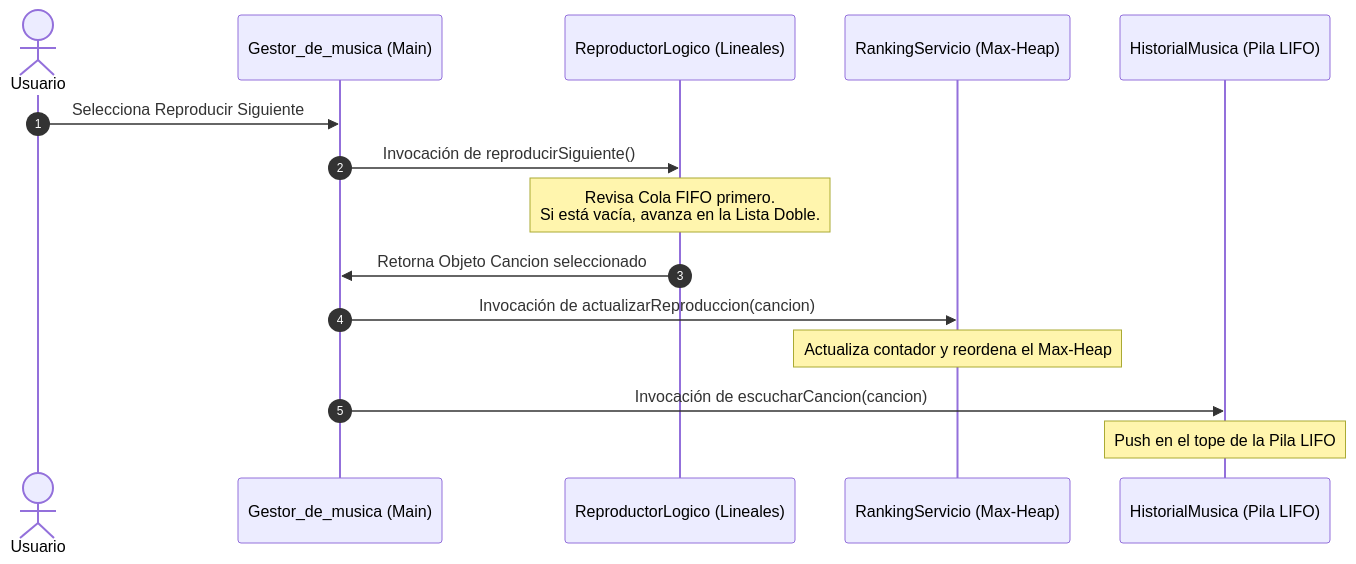
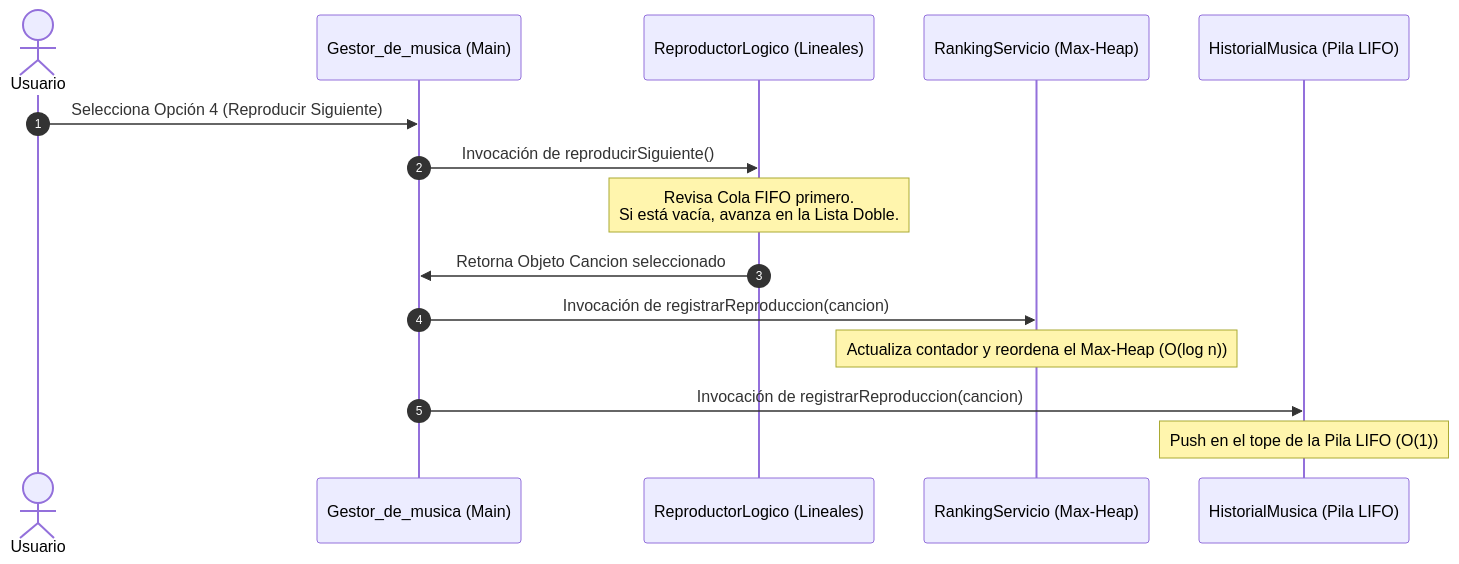
One commit to JuanJoToAl/Gestor-de-m-sica changed the eighth of 8 diagrams in README.md. Above: the diagram before and after it, drawn with Mermaid. The commit also changed other lines of this file, not shown here.

````diff
--- a/README.md
+++ b/README.md
@@ -223,18 +264,18 @@
 ```mermaid
 sequenceDiagram
     autonumber
     Actor Usuario
     participant Main as Gestor_de_musica (Main)
     participant Rep as ReproductorLogico (Lineales)
     participant Rank as RankingServicio (Max-Heap)
     participant Hist as HistorialMusica (Pila LIFO)
     
-    Usuario->>Main: Selecciona Reproducir Siguiente
+    Usuario->>Main: Selecciona Opción 4 (Reproducir Siguiente)
     Main->>Rep: Invocación de reproducirSiguiente()
     Note over Rep: Revisa Cola FIFO primero.<br>Si está vacía, avanza en la Lista Doble.
     Rep->>Main: Retorna Objeto Cancion seleccionado
-    Main->>Rank: Invocación de actualizarReproduccion(cancion)
-    Note over Rank: Actualiza contador y reordena el Max-Heap
-    Main->>Hist: Invocación de escucharCancion(cancion)
-    Note over Hist: Push en el tope de la Pila LIFO
+    Main->>Rank: Invocación de registrarReproduccion(cancion)
+    Note over Rank: Actualiza contador y reordena el Max-Heap (O(log n))
+    Main->>Hist: Invocación de registrarReproduccion(cancion)
+    Note over Hist: Push en el tope de la Pila LIFO (O(1))
 ```
````
